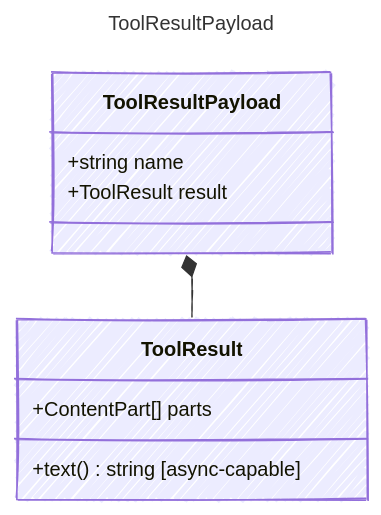
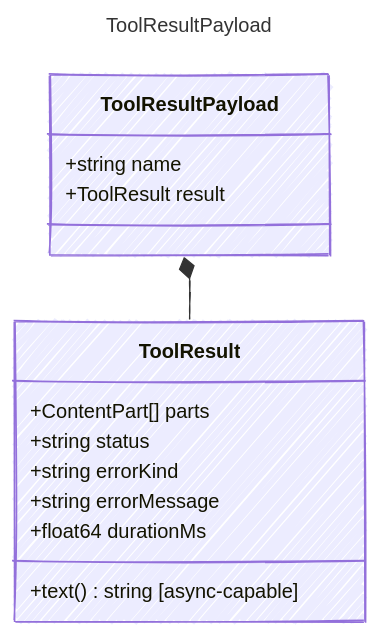
Before and after one commit to microsoft/prompty: the diagram in web/src/content/docs/reference/ToolResultPayload.md, drawn with Mermaid. The commit also changed other lines of this file and 1425 other files, not shown here.

````diff
--- a/web/src/content/docs/reference/ToolResultPayload.md
+++ b/web/src/content/docs/reference/ToolResultPayload.md
@@ -11,20 +12,24 @@
 ```mermaid
 ---
 title: ToolResultPayload
 config:
   look: handDrawn
   theme: colorful
   class:
     hideEmptyMembersBox: true
 ---
 classDiagram
     class ToolResultPayload {
         +string name
         +ToolResult result
     }
     class ToolResult {
         +ContentPart[] parts
+        +string status
+        +string errorKind
+        +string errorMessage
+        +float64 durationMs
         +text() string [async-capable]
     }
     ToolResultPayload *-- ToolResult
 ```
````
